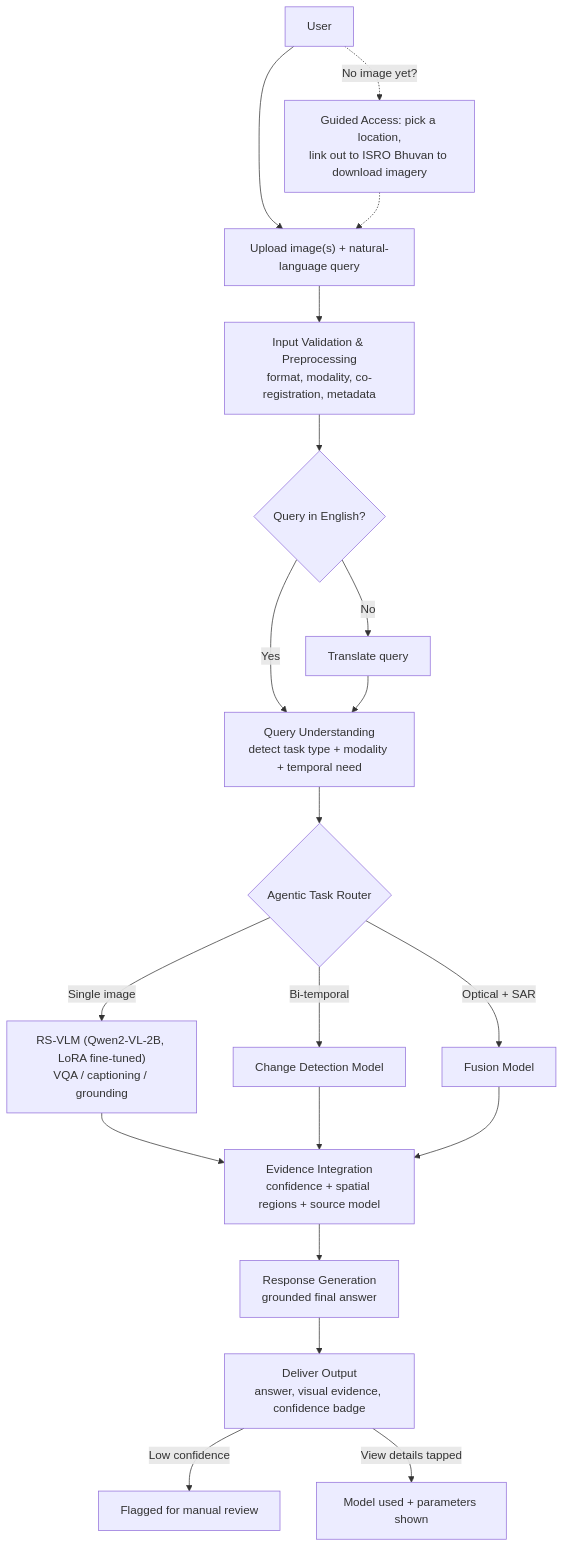
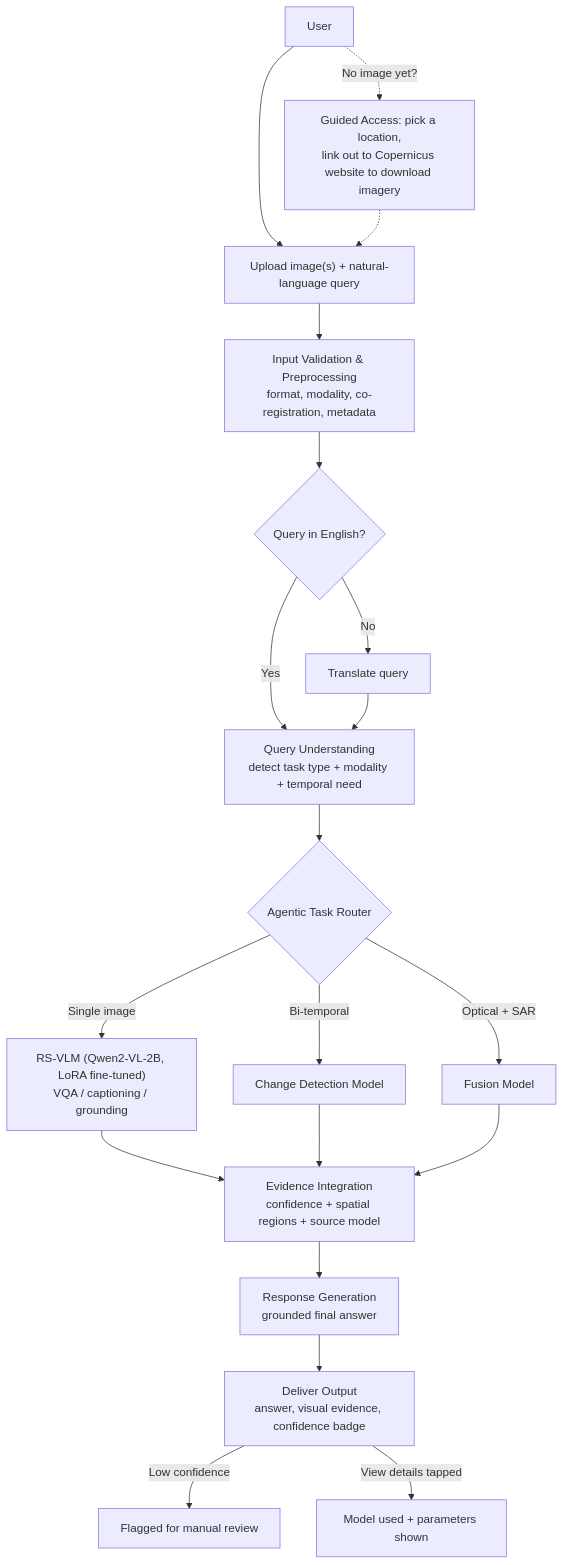
One commit to Angad016/SIH-SATQueryAI- changed the diagram in README.md. Above: the diagram before and after it, drawn with Mermaid.

Commit message:
Update guided access link to Copernicus website

````diff
--- a/README.md
+++ b/README.md
@@ -35,26 +35,26 @@
 ```mermaid
 flowchart TD
     A[User] --> B["Upload image(s) + natural-language query"]
-    A -.->|"No image yet?"| G["Guided Access: pick a location,\nlink out to ISRO Bhuvan to download imagery"]
+    A -.->|"No image yet?"| G["Guided Access: pick a location,\nlink out to Copernicus website to download imagery"]
     G -.-> B
 
     B --> C["Input Validation & Preprocessing\nformat, modality, co-registration, metadata"]
     C --> D{"Query in English?"}
     D -->|No| E["Translate query"]
     D -->|Yes| F
     E --> F["Query Understanding\ndetect task type + modality + temporal need"]
 
     F --> R{"Agentic Task Router"}
     R -->|Single image| M1["RS-VLM (Qwen2-VL-2B, LoRA fine-tuned)\nVQA / captioning / grounding"]
     R -->|Bi-temporal| M2["Change Detection Model"]
     R -->|Optical + SAR| M3["Fusion Model"]
 
     M1 --> EV["Evidence Integration\nconfidence + spatial regions + source model"]
     M2 --> EV
     M3 --> EV
 
     EV --> RESP["Response Generation\ngrounded final answer"]
     RESP --> OUT["Deliver Output\nanswer, visual evidence, confidence badge"]
     OUT -->|Low confidence| ESC["Flagged for manual review"]
     OUT -->|"View details" tapped| DET["Model used + parameters shown"]
 ```
````
